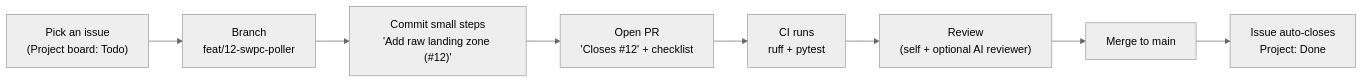
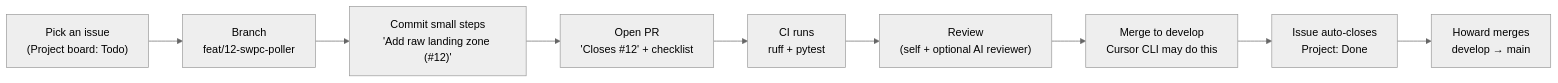
One commit to howardisaacson/tachocline-industries changed the diagram in docs/github-workflow.md. Above: the diagram before and after it, drawn with Mermaid (neutral theme). The commit also changed other lines of this file and 6 other files, not shown here.

First line of the commit message:
Build locally from develop and document agent merge limits

````diff
--- a/docs/github-workflow.md
+++ b/docs/github-workflow.md
@@ -17,10 +17,11 @@
 ```mermaid
 flowchart LR
     I["Pick an issue<br/>(Project board: Todo)"] --> B["Branch<br/>feat/12-swpc-poller"]
     B --> C["Commit small steps<br/>'Add raw landing zone (#12)'"]
     C --> P["Open PR<br/>'Closes #12' + checklist"]
     P --> CI["CI runs<br/>ruff + pytest"]
     CI --> R["Review<br/>(self + optional AI reviewer)"]
-    R --> M["Merge to main"]
+    R --> M["Merge to develop<br/>Cursor CLI may do this"]
     M --> D["Issue auto-closes<br/>Project: Done"]
+    D --> H["Howard merges<br/>develop → main"]
 ```
````
